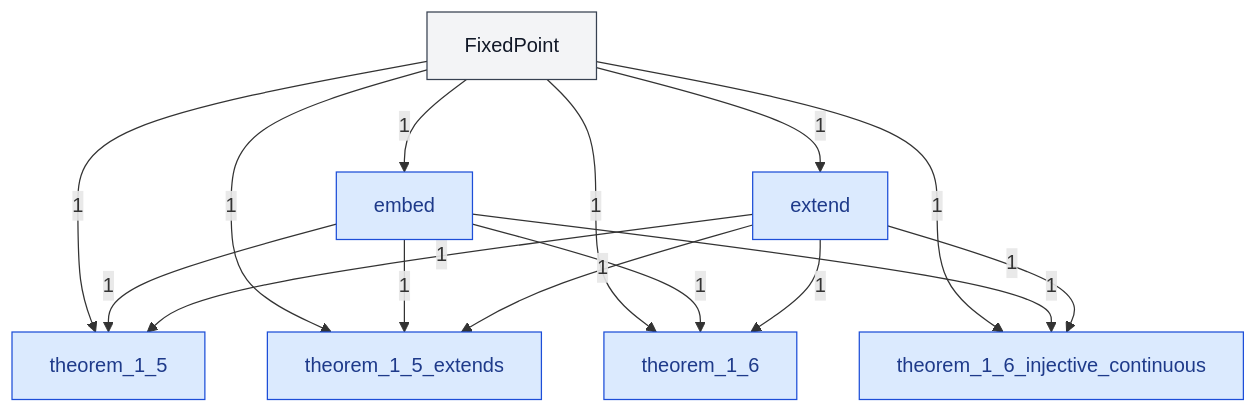
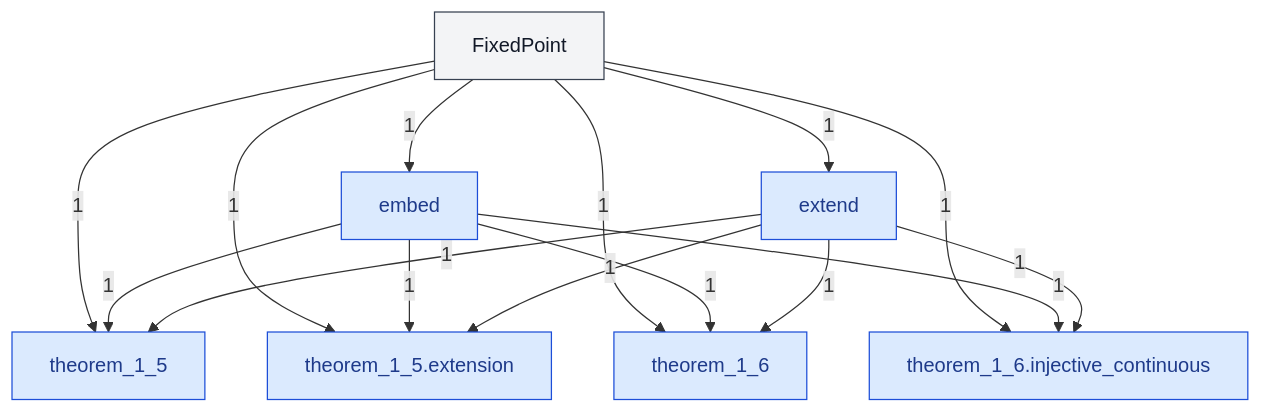
Before and after one commit to catskillsresearch/DomainTheory: the diagram in DomainTheory/DataTypesAsLattices/Embedding/Embedding.mermaid, drawn with Mermaid. The commit also changed 416 other files, not shown here.

```diff
--- a/DomainTheory/DataTypesAsLattices/Embedding/Embedding.mermaid
+++ b/DomainTheory/DataTypesAsLattices/Embedding/Embedding.mermaid
@@ -1,37 +1,37 @@
 %% Inside Embedding. A box is one Lean file in this folder, or one subfolder.
 %% A box named as another folder is that whole folder. A box named as another chapter is that whole chapter.
 %% The arrowhead points at the file or folder that imports. The label is how many direct imports.
 flowchart TB
   N0["FixedPoint"]
   N1["embed"]
   N2["extend"]
   N3["theorem_1_5"]
-  N4["theorem_1_5_extends"]
+  N4["theorem_1_5.extension"]
   N5["theorem_1_6"]
-  N6["theorem_1_6_injective_continuous"]
+  N6["theorem_1_6.injective_continuous"]
 
   N0 -->|"1"| N1
   N0 -->|"1"| N2
   N0 -->|"1"| N3
   N1 -->|"1"| N3
   N2 -->|"1"| N3
   N0 -->|"1"| N4
   N1 -->|"1"| N4
   N2 -->|"1"| N4
   N0 -->|"1"| N5
   N1 -->|"1"| N5
   N2 -->|"1"| N5
   N0 -->|"1"| N6
   N1 -->|"1"| N6
   N2 -->|"1"| N6
 
   classDef file fill:#dbeafe,stroke:#1d4ed8,color:#1e3a8a
   classDef ext fill:#f3f4f6,stroke:#374151,color:#111827
 
   class N0 ext
   class N1 file
   class N2 file
   class N3 file
   class N4 file
   class N5 file
   class N6 file
```
